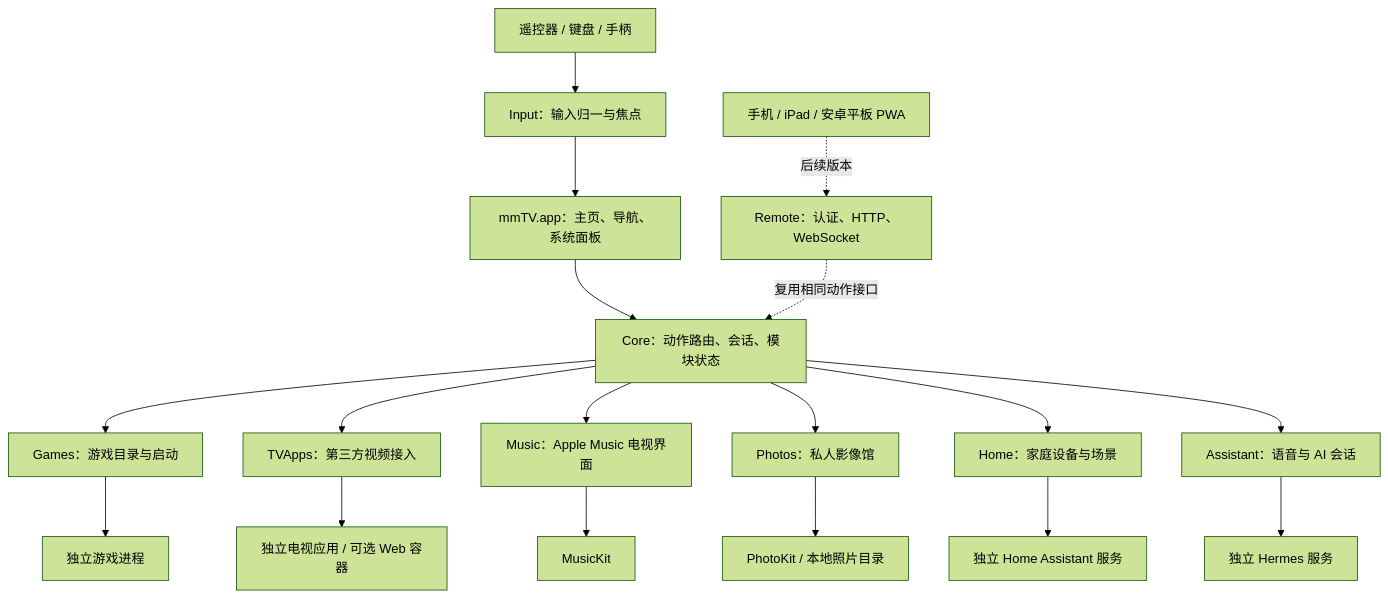
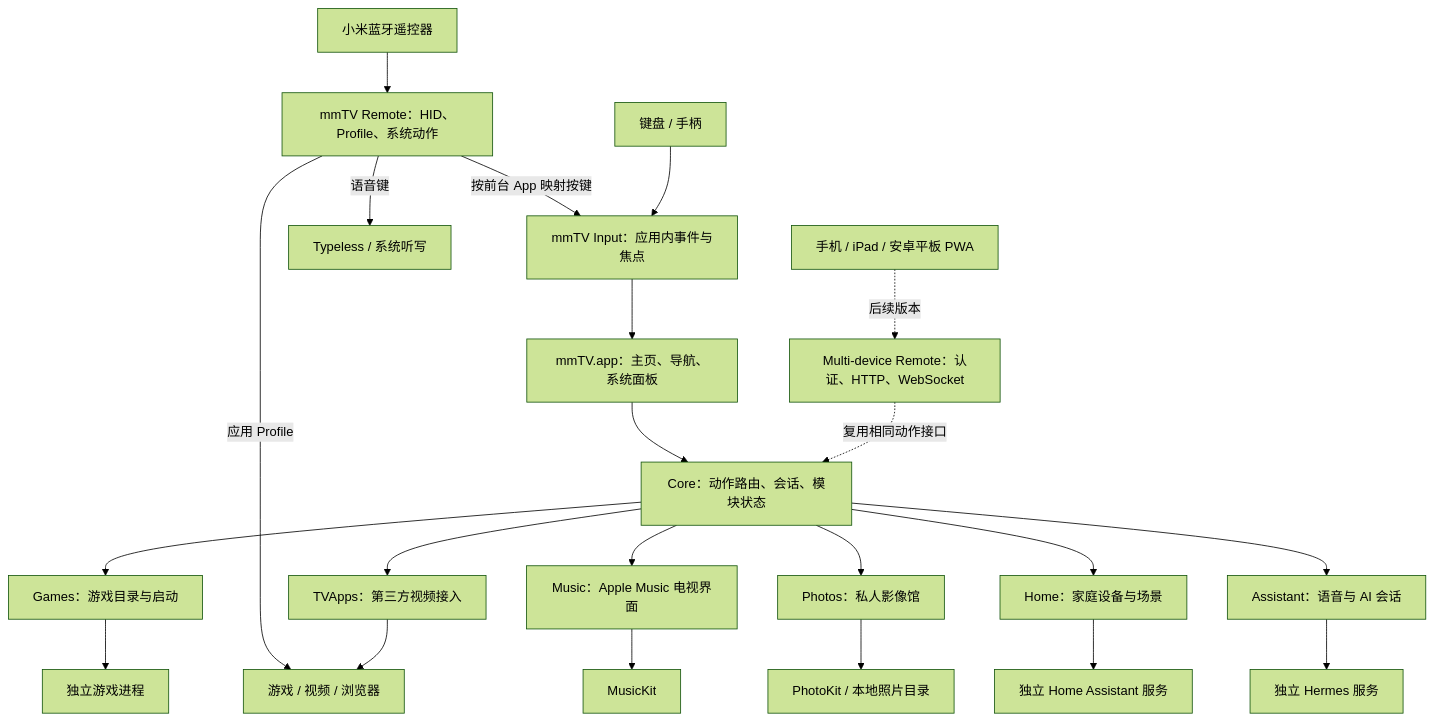
Before and after one commit to Chiuvenz/mmTV: the diagram in ARCHITECTURE.md, drawn with Mermaid (forest theme). The commit also changed other lines of this file and 22 other files, not shown here.

Commit message:
Refactor app state and document remote ownership

````diff
--- a/ARCHITECTURE.md
+++ b/ARCHITECTURE.md
@@ -26,20 +26,24 @@
 ```mermaid
 flowchart TB
-  Remote[遥控器 / 键盘 / 手柄] --> Input[Input：输入归一与焦点]
-  Input --> Shell[mmTV.app：主页、导航、系统面板]
+  PhysicalRemote[小米蓝牙遥控器] --> RemoteService[mmTV Remote：HID、Profile、系统动作]
+  RemoteService -->|按前台 App 映射按键| AppInput[mmTV Input：应用内事件与焦点]
+  RemoteService -->|应用 Profile| ExternalApps[游戏 / 视频 / 浏览器]
+  RemoteService -->|语音键| VoiceProvider[Typeless / 系统听写]
+  Keyboard[键盘 / 手柄] --> AppInput
+  AppInput --> Shell[mmTV.app：主页、导航、系统面板]
   Shell --> Core[Core：动作路由、会话、模块状态]
   Core --> Games[Games：游戏目录与启动]
   Core --> Video[TVApps：第三方视频接入]
   Core --> Music[Music：Apple Music 电视界面]
   Core --> Photos[Photos：私人影像馆]
   Core --> Home[Home：家庭设备与场景]
   Core --> AI[Assistant：语音与 AI 会话]
   Games --> MacApps[独立游戏进程]
-  Video --> TVApps[独立电视应用 / 可选 Web 容器]
+  Video --> ExternalApps
   Music --> MusicKit[MusicKit]
   Photos --> Sources[PhotoKit / 本地照片目录]
   Home --> HA[独立 Home Assistant 服务]
   AI --> Hermes[独立 Hermes 服务]
-  Clients[手机 / iPad / 安卓平板 PWA] -.后续版本.-> Gateway[Remote：认证、HTTP、WebSocket]
+  Clients[手机 / iPad / 安卓平板 PWA] -.后续版本.-> Gateway[Multi-device Remote：认证、HTTP、WebSocket]
   Gateway -.复用相同动作接口.-> Core
 ```
````
